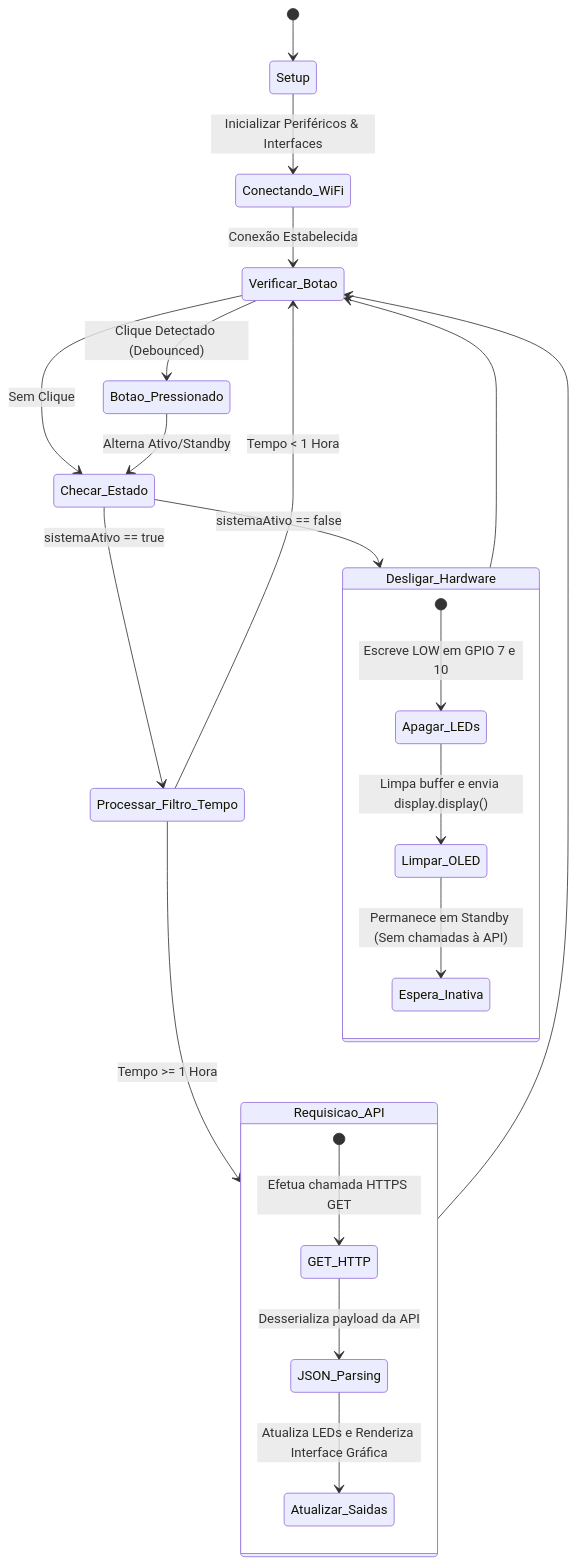
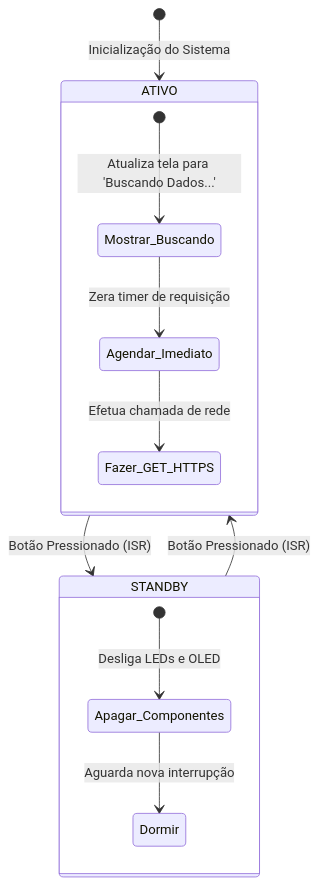
The third of 3 diagrams in README.md (victor-meireles/bitcoin-price-tracker), drawn with Mermaid before and after one commit. The commit also changed other lines of this file, not shown here.

Commit message:
docs: update README with hardware pinouts, architecture diagrams, and technical concepts

````diff
--- a/README.md
+++ b/README.md
@@ -92,33 +258,18 @@
 ```mermaid
 stateDiagram-v2
-    [*] --> Setup
-    Setup --> Conectando_WiFi : Inicializar Periféricos & Interfaces
-    Conectando_WiFi --> Verificar_Botao : Conexão Estabelecida
+    [*] --> ATIVO : Inicialização do Sistema
+    ATIVO --> STANDBY : Botão Pressionado (ISR)
+    
+    state STANDBY {
+        [*] --> Apagar_Componentes : Desliga LEDs e OLED
+        Apagar_Componentes --> Dormir : Aguarda nova interrupção
+    }
 
-    Verificar_Botao --> Botao_Pressionado : Clique Detectado (Debounced)
-    Verificar_Botao --> Checar_Estado : Sem Clique
+    STANDBY --> ATIVO : Botão Pressionado (ISR)
     
-    Botao_Pressionado --> Checar_Estado : Alterna Ativo/Standby
-
-    state Checar_Estado <<choice>>
-    Checar_Estado --> Processar_Filtro_Tempo : sistemaAtivo == true
-    Checar_Estado --> Desligar_Hardware : sistemaAtivo == false
-
-    state Desligar_Hardware {
-        [*] --> Apagar_LEDs : Escreve LOW em GPIO 7 e 10
-        Apagar_LEDs --> Limpar_OLED : Limpa buffer e envia display.display()
-        Limpar_OLED --> Espera_Inativa : Permanece em Standby (Sem chamadas à API)
+    state ATIVO {
+        [*] --> Mostrar_Buscando : Atualiza tela para 'Buscando Dados...'
+        Mostrar_Buscando --> Agendar_Imediato : Zera timer de requisição
+        Agendar_Imediato --> Fazer_GET_HTTPS : Efetua chamada de rede
     }
-    Desligar_Hardware --> Verificar_Botao
-
-    state Processar_Filtro_Tempo <<choice>>
-    Processar_Filtro_Tempo --> Requisicao_API : Tempo >= 1 Hora
-    Processar_Filtro_Tempo --> Verificar_Botao : Tempo < 1 Hora
-
-    state Requisicao_API {
-        [*] --> GET_HTTP : Efetua chamada HTTPS GET
-        GET_HTTP --> JSON_Parsing : Desserializa payload da API
-        JSON_Parsing --> Atualizar_Saidas : Atualiza LEDs e Renderiza Interface Gráfica
-    }
-    Requisicao_API --> Verificar_Botao
 ```
````
